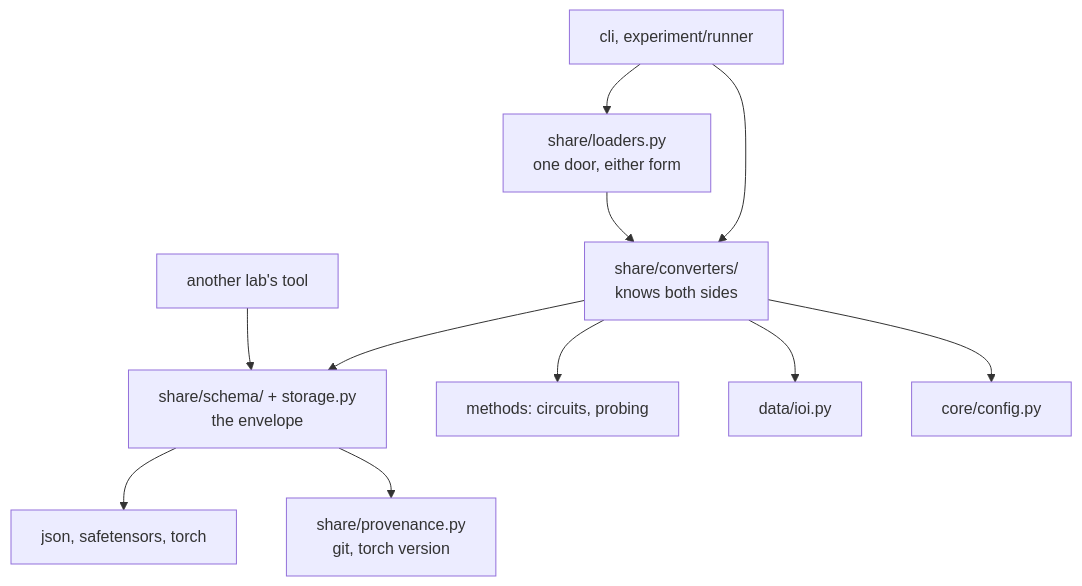
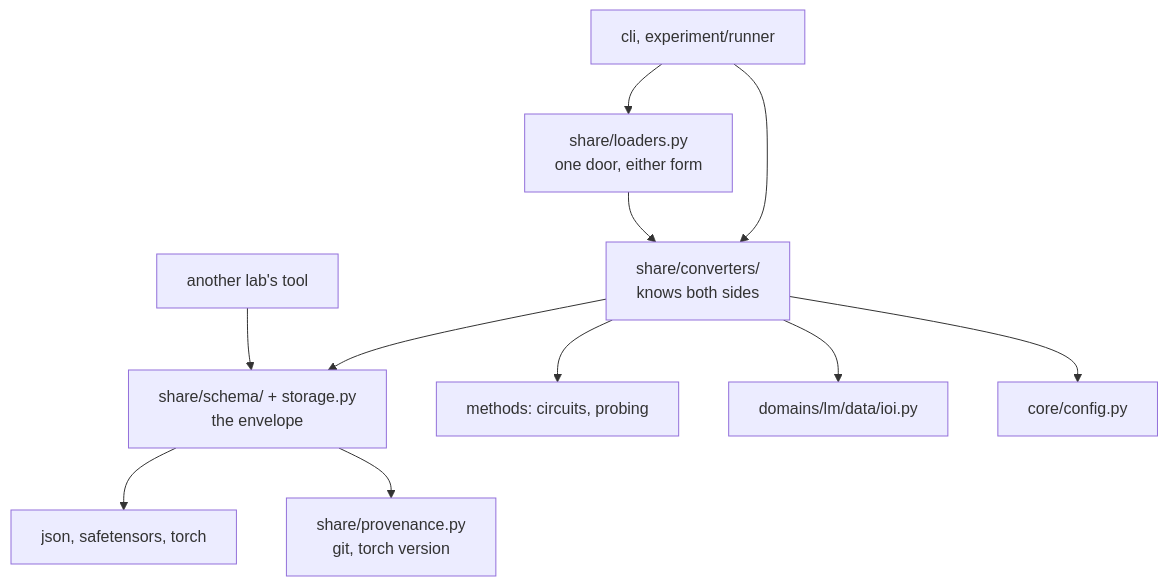
Before and after one commit to lgemc/mi-lab: the second of 2 diagrams in docs/sharing/README.md, drawn with Mermaid. The commit also changed 90 other files, not shown here.

````diff
--- a/docs/sharing/README.md
+++ b/docs/sharing/README.md
@@ -76,14 +76,14 @@
 ```mermaid
 flowchart TD
     CLI["cli, experiment/runner"] --> LOAD
     CLI --> CONV
     LOAD["share/loaders.py<br/>one door, either form"] --> CONV
     CONV["share/converters/<br/>knows both sides"] --> ART
     CONV --> METH["methods: circuits, probing"]
-    CONV --> DATA["data/ioi.py"]
+    CONV --> DATA["domains/lm/data/ioi.py"]
     CONV --> CORE["core/config.py"]
     ART["share/schema/ + storage.py<br/>the envelope"] --> STD["json, safetensors, torch"]
     ART --> PROV["share/provenance.py<br/>git, torch version"]
 
     READER["another lab's tool"] --> ART
 ```
````
